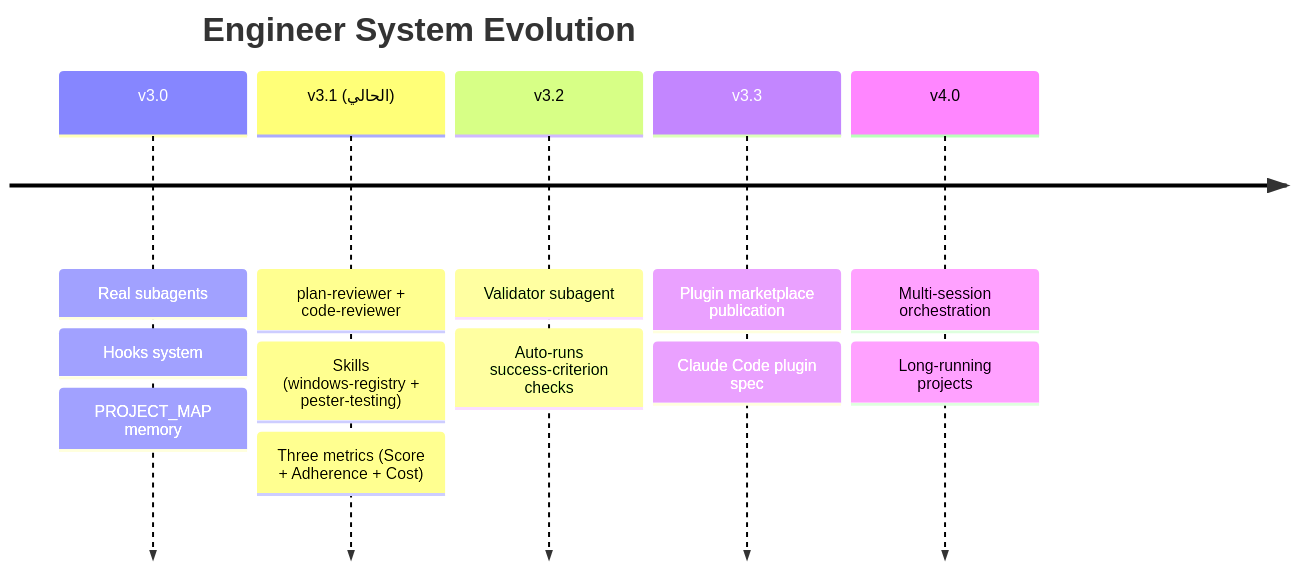
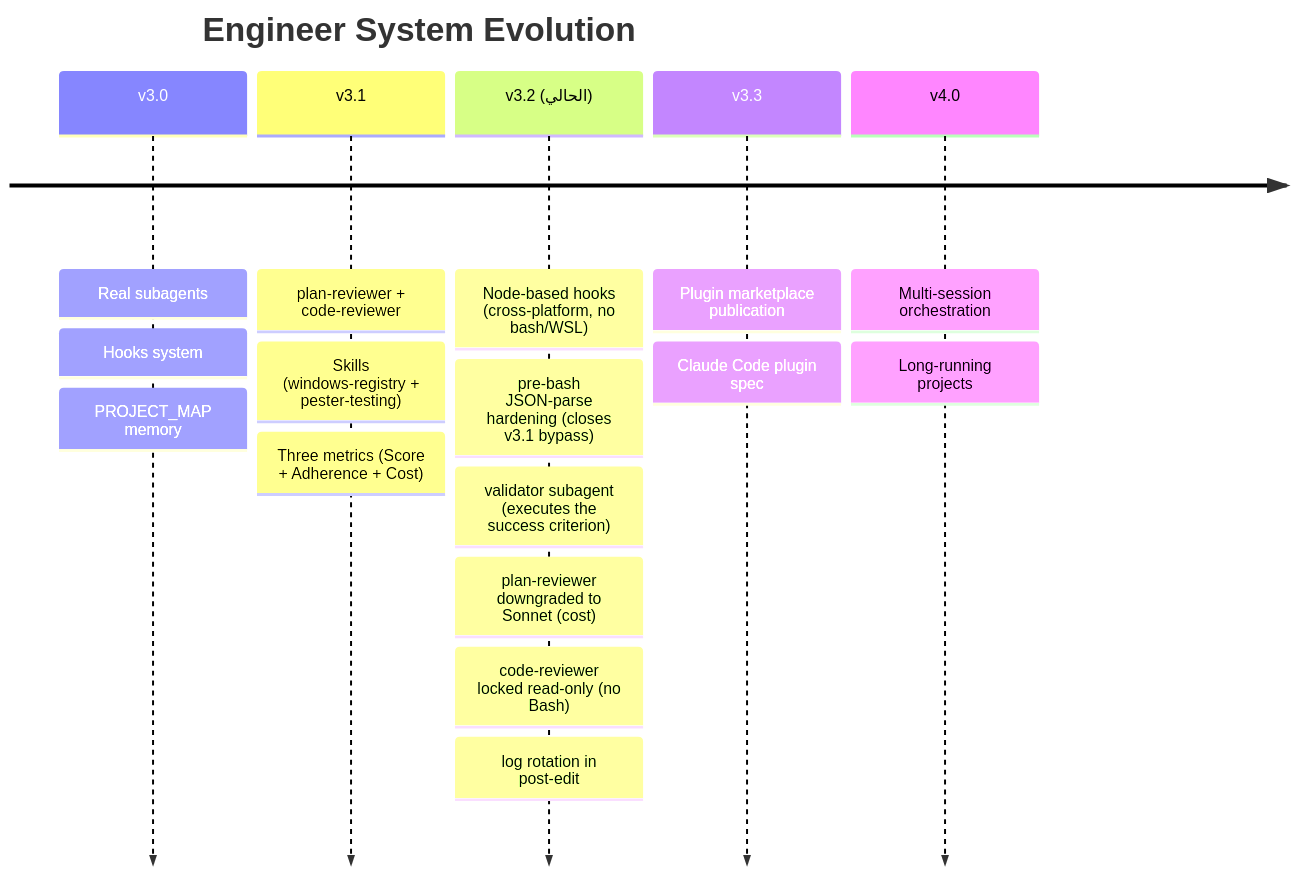
The third of 3 diagrams in README.md (F2lcon01/Engineer-System), drawn with Mermaid before and after one commit. The commit also changed other lines of this file and 30 other files, not shown here.

First line of the commit message:
Release v3.3: Auto-Bootstrap, GitHub Scout, CLAUDE.md split, Node hooks

````diff
--- a/README.md
+++ b/README.md
@@ -378,16 +433,20 @@
 ```mermaid
 timeline
     title Engineer System Evolution
     v3.0 : Real subagents
          : Hooks system
          : PROJECT_MAP memory
-    v3.1 (الحالي) : plan-reviewer + code-reviewer
-                  : Skills (windows-registry + pester-testing)
-                  : Three metrics (Score + Adherence + Cost)
-    v3.2 : Validator subagent
-         : Auto-runs success-criterion checks
+    v3.1 : plan-reviewer + code-reviewer
+         : Skills (windows-registry + pester-testing)
+         : Three metrics (Score + Adherence + Cost)
+    v3.2 (الحالي) : Node-based hooks (cross-platform, no bash/WSL)
+                  : pre-bash JSON-parse hardening (closes v3.1 bypass)
+                  : validator subagent (executes the success criterion)
+                  : plan-reviewer downgraded to Sonnet (cost)
+                  : code-reviewer locked read-only (no Bash)
+                  : log rotation in post-edit
     v3.3 : Plugin marketplace publication
          : Claude Code plugin spec
     v4.0 : Multi-session orchestration
          : Long-running projects
 ```
````
